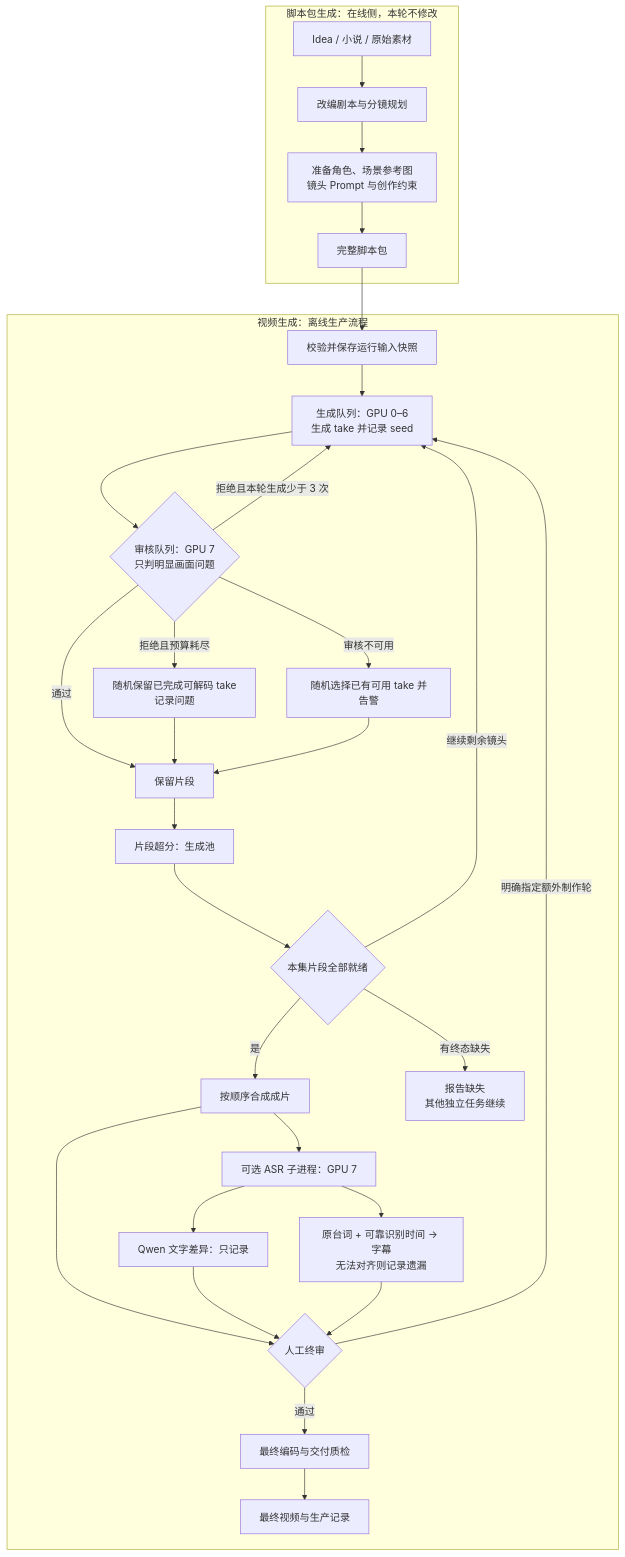
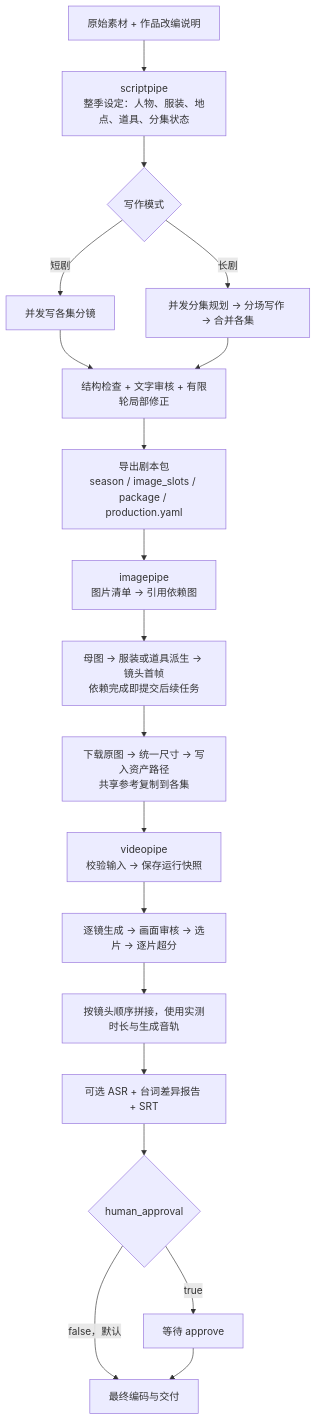
Before and after one commit to mtbnydx-dot/AI-AI-powered-local-fully-automated-video-workflow: the first of 2 diagrams in docs/workflow.md, drawn with Mermaid. The commit also changed other lines of this file and 77 other files, not shown here.

````diff
--- a/docs/workflow.md
+++ b/docs/workflow.md
@@ -9,34 +5,21 @@
 ```mermaid
 flowchart TD
-    subgraph S["脚本包生成：在线侧，本轮不修改"]
-        A["Idea / 小说 / 原始素材"] --> B["改编剧本与分镜规划"]
-        B --> C["准备角色、场景参考图<br/>镜头 Prompt 与创作约束"]
-        C --> D["完整脚本包"]
-    end
-
-    subgraph V["视频生成：离线生产流程"]
-        D --> E["校验并保存运行输入快照"]
-        E --> F["生成队列：GPU 0–6<br/>生成 take 并记录 seed"]
-        F --> G{"审核队列：GPU 7<br/>只判明显画面问题"}
-        G -->|通过| U["保留片段"]
-        G -->|拒绝且本轮生成少于 3 次| F
-        G -->|拒绝且预算耗尽| X["随机保留已完成可解码 take<br/>记录问题"]
-        G -->|审核不可用| Y["随机选择已有可用 take 并告警"]
-        X --> U
-        Y --> U
-        U --> H["片段超分：生成池"]
-        H --> W{"本集片段全部就绪"}
-        W -->|是| P["按顺序合成成片"]
-        W -->|继续剩余镜头| F
-        W -->|有终态缺失| M["报告缺失<br/>其他独立任务继续"]
-        P --> A1["可选 ASR 子进程：GPU 7"]
-        A1 --> A2["Qwen 文字差异：只记录"]
-        A1 --> A3["原台词 + 可靠识别时间 → 字幕<br/>无法对齐则记录遗漏"]
-        P --> K{"人工终审"}
-        A2 --> K
-        A3 --> K
-        K -->|通过| N["最终编码与交付质检"]
-        K -->|明确指定额外制作轮| F
-        N --> O["最终视频与生产记录"]
-    end
+    A["原始素材 + 作品改编说明"] --> S["scriptpipe<br/>整季设定：人物、服装、地点、道具、分集状态"]
+    S --> M{"写作模式"}
+    M -->|短剧| E["并发写各集分镜"]
+    M -->|长剧| L["并发分集规划 → 分场写作 → 合并各集"]
+    E --> R["结构检查 + 文字审核 + 有限轮局部修正"]
+    L --> R
+    R --> P["导出剧本包<br/>season / image_slots / package / production.yaml"]
+    P --> I["imagepipe<br/>图片清单 → 引用依赖图"]
+    I --> J["母图 → 服装或道具派生 → 镜头首帧<br/>依赖完成即提交后续任务"]
+    J --> K["下载原图 → 统一尺寸 → 写入资产路径<br/>共享参考复制到各集"]
+    K --> V["videopipe<br/>校验输入 → 保存运行快照"]
+    V --> G["逐镜生成 → 画面审核 → 选片 → 逐片超分"]
+    G --> F["按镜头顺序拼接，使用实测时长与生成音轨"]
+    F --> Q["可选 ASR + 台词差异报告 + SRT"]
+    Q --> H{"human_approval"}
+    H -->|false，默认| D["最终编码与交付"]
+    H -->|true| U["等待 approve"]
+    U --> D
 ```
````
